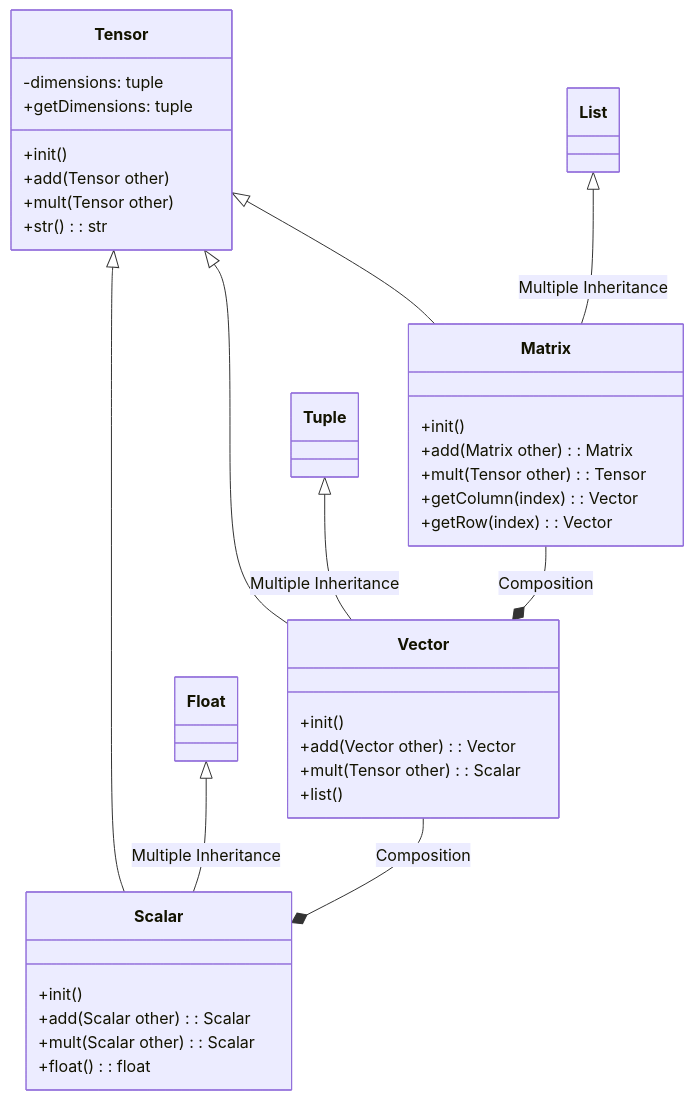
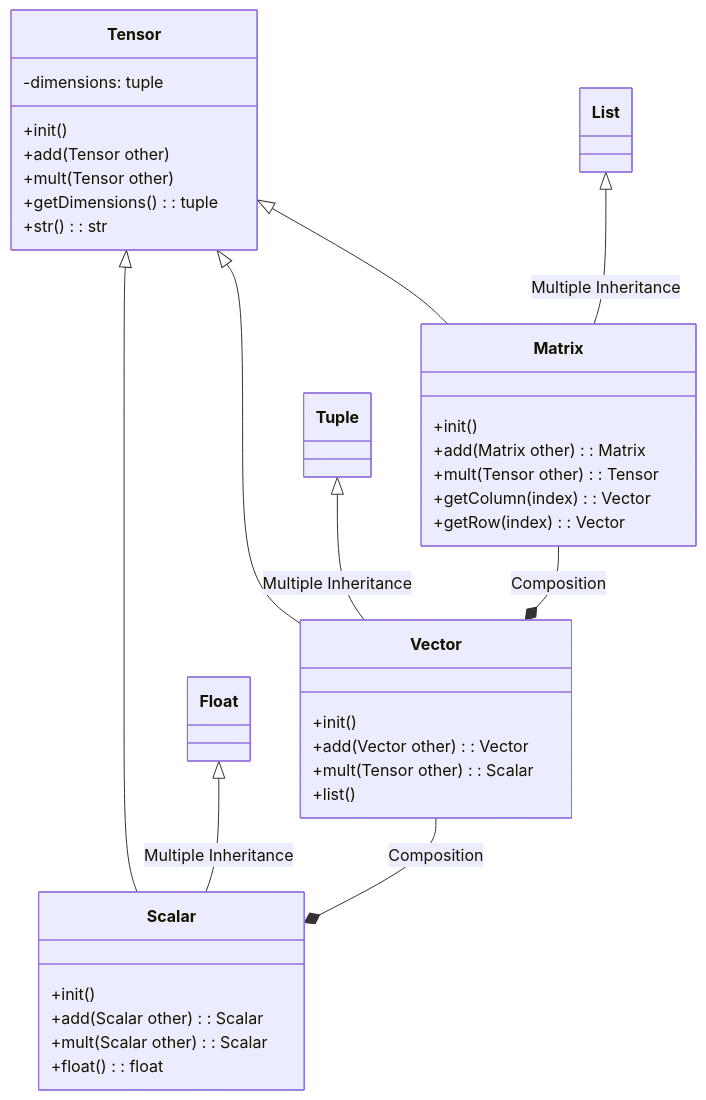
Before and after one commit to ElviravdVen/TINLABML_22-23: the diagram in diagrams/tensors.md, drawn with Mermaid.

Commit message:
Minor change

````diff
--- a/diagrams/tensors.md
+++ b/diagrams/tensors.md
@@ -1,42 +1,42 @@
 ```mermaid
 classDiagram
     Tensor <|-- Scalar 
     Tensor <|-- Vector
     Tensor <|-- Matrix
     Float <|-- Scalar : Multiple Inheritance
     Tuple <|-- Vector : Multiple Inheritance
     List <|-- Matrix : Multiple Inheritance
     Vector --* Scalar : Composition
     Matrix --* Vector : Composition 
 
     class Tensor {
         -dimensions: tuple 
         +init()
         +add(Tensor other) 
         +mult(Tensor other)
-        +getDimensions: tuple
+        +getDimensions(): tuple
         +str(): str
     }
 
     class Scalar {
         +init()
         +add(Scalar other): Scalar
         +mult(Scalar other): Scalar
         +float(): float
     }
 
     class Vector {
         +init()
         +add(Vector other): Vector
         +mult(Tensor other): Scalar
         +list()
     }
 
     class Matrix {
         +init()
         +add(Matrix other): Matrix
         +mult(Tensor other): Tensor
         +getColumn(index): Vector
         +getRow(index): Vector
     }
 ```
````
